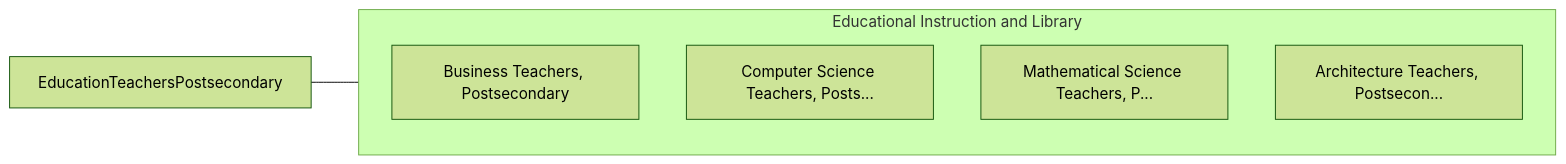
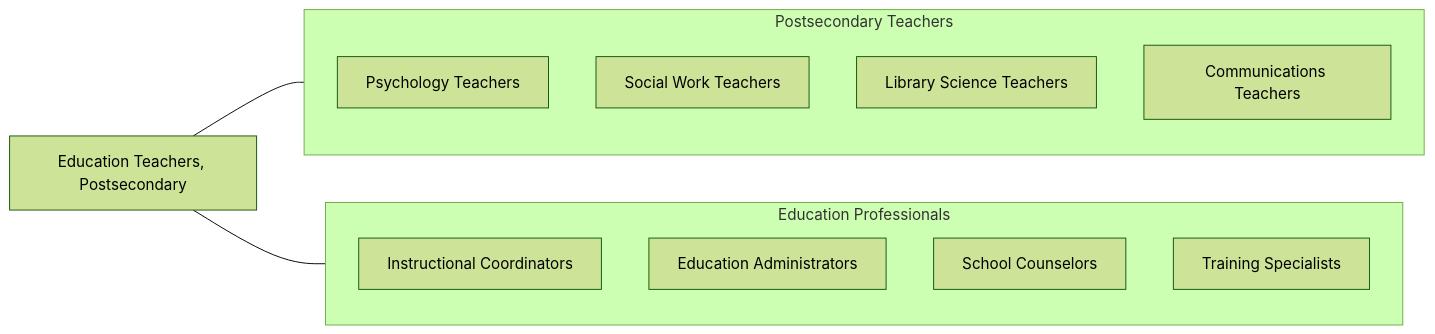
Before and after one commit to kziemski/business.org.ai: the fourth of 4 diagrams in occupations/Education/EducationTeachersPostsecondary.mdx, drawn with Mermaid (forest theme). The commit also changed other lines of this file and 938 other files, not shown here.

````diff
--- a/occupations/Education/EducationTeachersPostsecondary.mdx
+++ b/occupations/Education/EducationTeachersPostsecondary.mdx
@@ -91,13 +179,21 @@
 ```mermaid
 graph LR
-    Current["EducationTeachersPostsecondary"]
+    Current["Education Teachers, Postsecondary"]
 
-    subgraph SameCategory["Educational Instruction and Library"]
-        BusinessTeachersPost["Business Teachers, Postsecondary"]
-        ComputerScienceTeach["Computer Science Teachers, Posts..."]
-        MathematicalScienceT["Mathematical Science Teachers, P..."]
-        ArchitectureTeachers["Architecture Teachers, Postsecon..."]
+    subgraph SameCategory["Postsecondary Teachers"]
+        Psychology["Psychology Teachers"]
+        SocialWork["Social Work Teachers"]
+        LibraryScience["Library Science Teachers"]
+        Communications["Communications Teachers"]
+    end
+
+    subgraph CrossFunctional["Education Professionals"]
+        IC["Instructional Coordinators"]
+        Principals["Education Administrators"]
+        SchoolCounselors["School Counselors"]
+        TrainDev["Training Specialists"]
     end
 
     Current --- SameCategory
+    Current --- CrossFunctional
 ```
````
